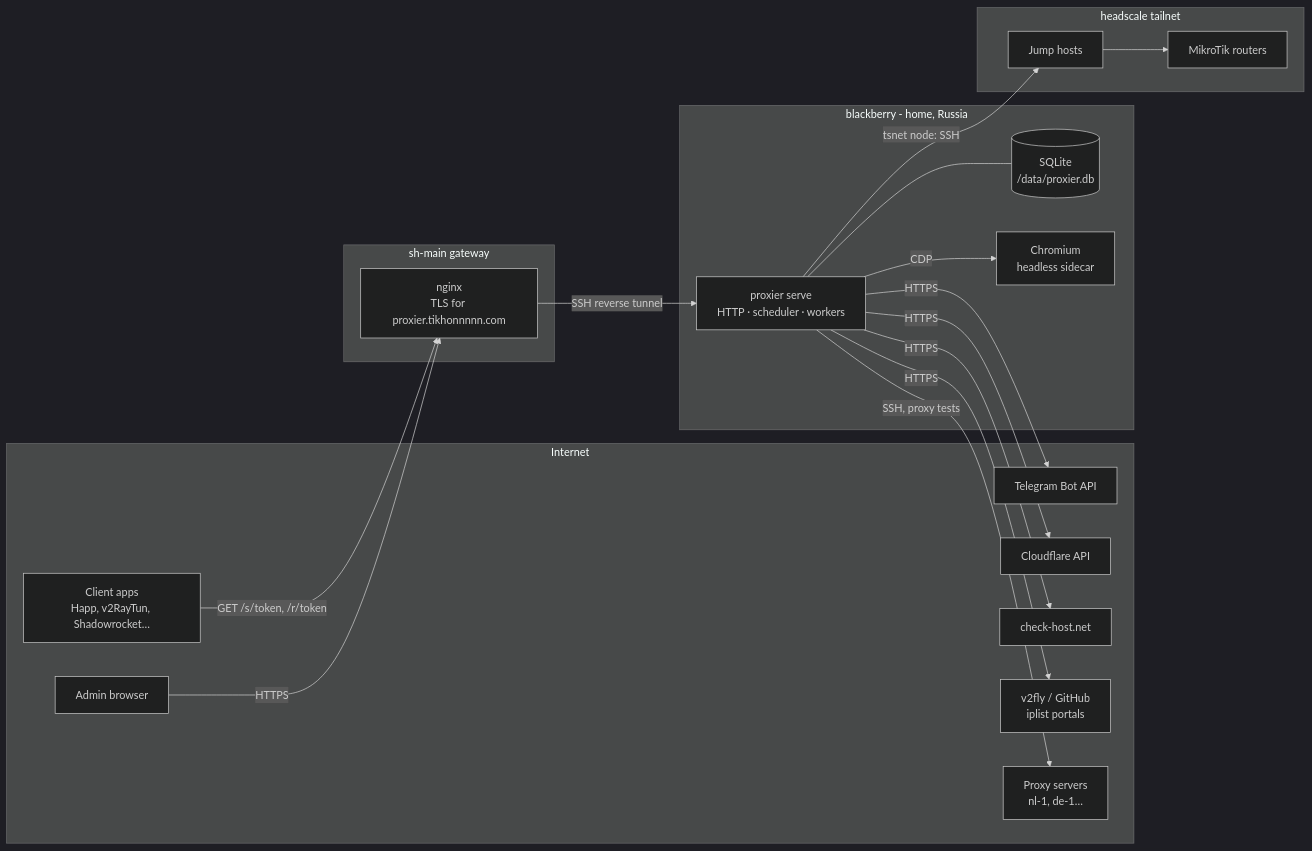
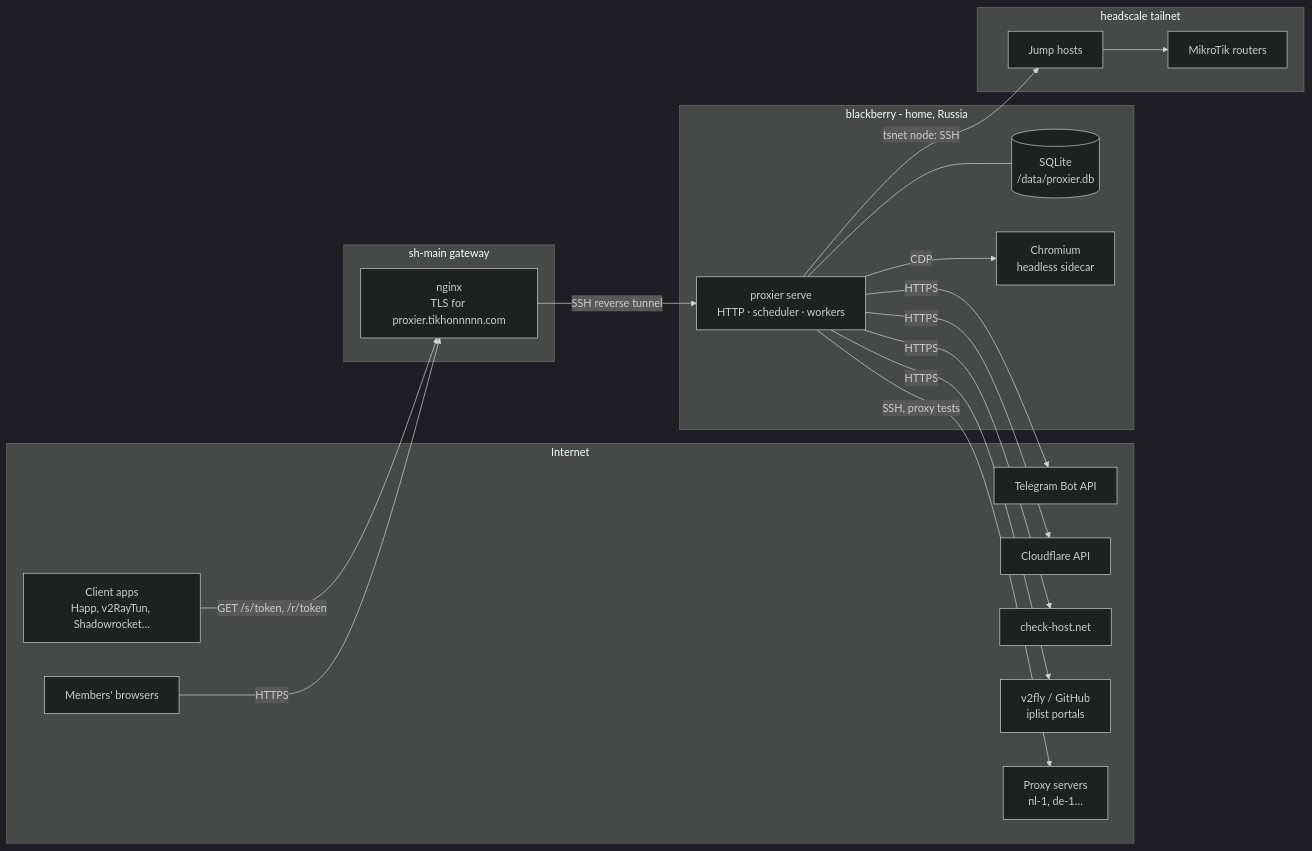
One commit to tikhonp/proxier changed the diagram in docs/architecture.md. Above: the diagram before and after it, drawn with Mermaid (dark theme). The commit also changed other lines of this file and 67 other files, not shown here.

````diff
--- a/docs/architecture.md
+++ b/docs/architecture.md
@@ -7,32 +7,32 @@
 ```mermaid
 flowchart LR
     subgraph Internet
         APPS[Client apps<br/>Happ, v2RayTun, Shadowrocket…]
-        ADMINB[Admin browser]
+        ADMINB[Members' browsers]
         TG[Telegram Bot API]
         CF[Cloudflare API]
         CH[check-host.net]
         UP[v2fly / GitHub<br/>iplist portals]
         SRV[Proxy servers<br/>nl-1, de-1…]
     end
     subgraph sh-main [sh-main gateway]
         NGX[nginx<br/>TLS for proxier.tikhonnnnn.com]
     end
     subgraph blackberry [blackberry - home, Russia]
         PX[proxier serve<br/>HTTP · scheduler · workers]
         DB[(SQLite<br/>/data/proxier.db)]
         CHR[Chromium<br/>headless sidecar]
     end
     subgraph tailnet [headscale tailnet]
         JH[Jump hosts]
         RTR[MikroTik routers]
     end
     APPS -- GET /s/token, /r/token --> NGX
     ADMINB -- HTTPS --> NGX
     NGX -- SSH reverse tunnel --> PX
     PX --- DB
     PX -- CDP --> CHR
     PX -- SSH, proxy tests --> SRV
     PX -- HTTPS --> TG & CF & CH & UP
     PX -- tsnet node: SSH --> JH --> RTR
 ```
````
